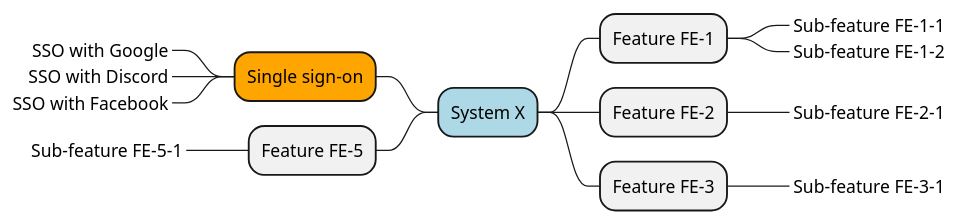
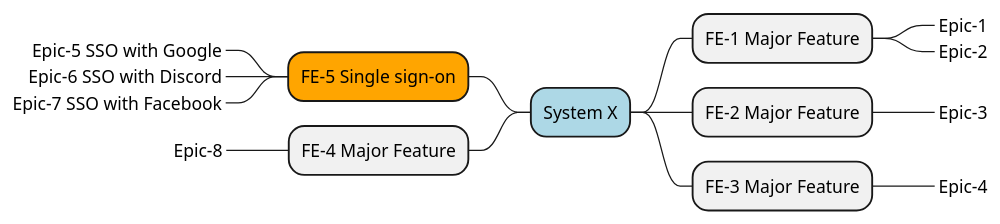
The diagram in project/{{cookiecutter.containing_folder}}/docs/docs/guides/vision.md (sourander/kamk-cookiecutters), drawn with PlantUML before and after one commit. The commit also changed other lines of this file and 3 other files, not shown here.

````diff
--- a/project/{{cookiecutter.containing_folder}}/docs/docs/guides/vision.md
+++ b/project/{{cookiecutter.containing_folder}}/docs/docs/guides/vision.md
@@ -104,18 +104,18 @@
 ```puml
 @startmindmap
 +[#lightblue] System X
-++ Feature FE-1
-+++_ Sub-feature FE-1-1
-+++_ Sub-feature FE-1-2
-++ Feature FE-2
-+++_ Sub-feature FE-2-1
-++ Feature FE-3
-+++_ Sub-feature FE-3-1
---[#orange] Single sign-on
----_ SSO with Google
----_ SSO with Discord
----_ SSO with Facebook
--- Feature FE-5
----_ Sub-feature FE-5-1
+++ FE-1 Major Feature
++++_ Epic-1 
++++_ Epic-2
+++ FE-2 Major Feature
++++_ Epic-3
+++ FE-3 Major Feature
++++_ Epic-4
+--[#orange] FE-5 Single sign-on
+---_ Epic-5 SSO with Google
+---_ Epic-6 SSO with Discord
+---_ Epic-7 SSO with Facebook
+-- FE-4 Major Feature
+---_ Epic-8
 @endmindmap
 ```
````
